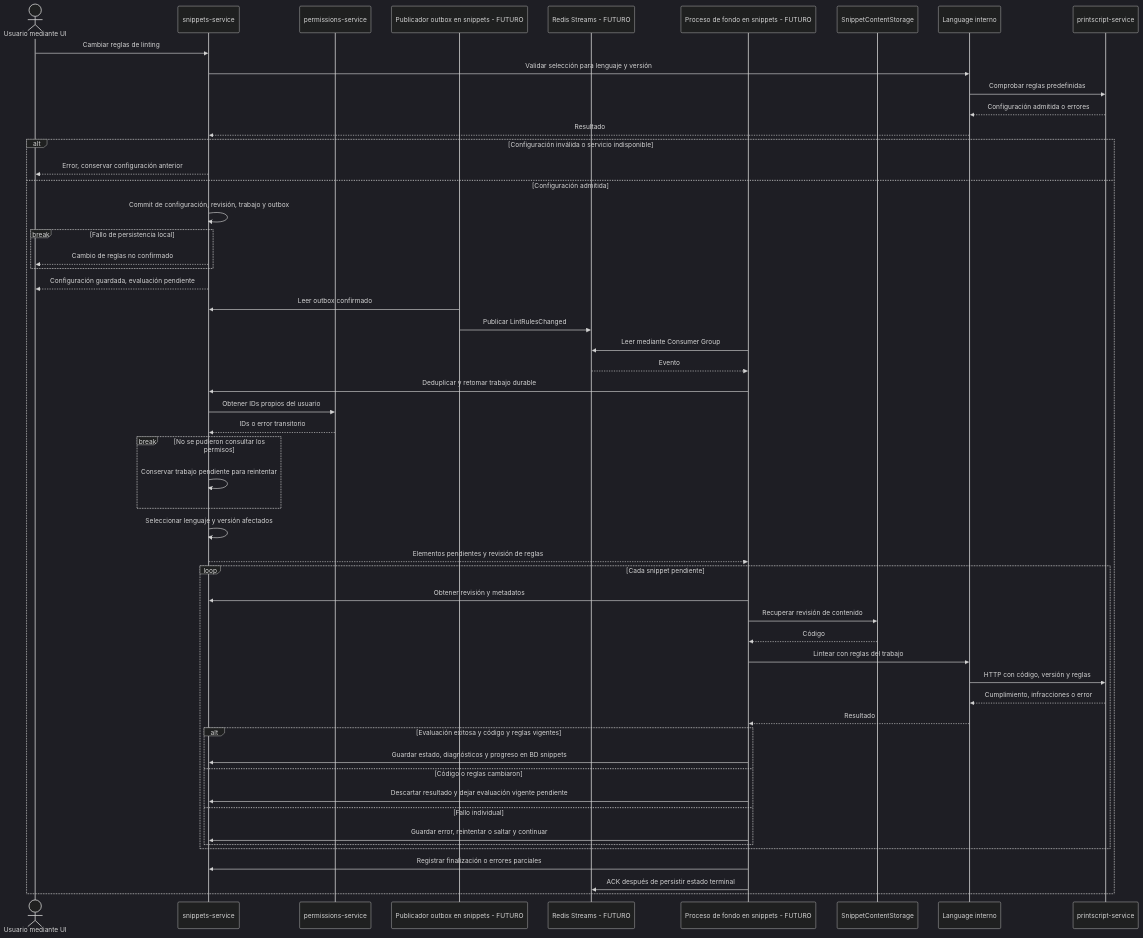
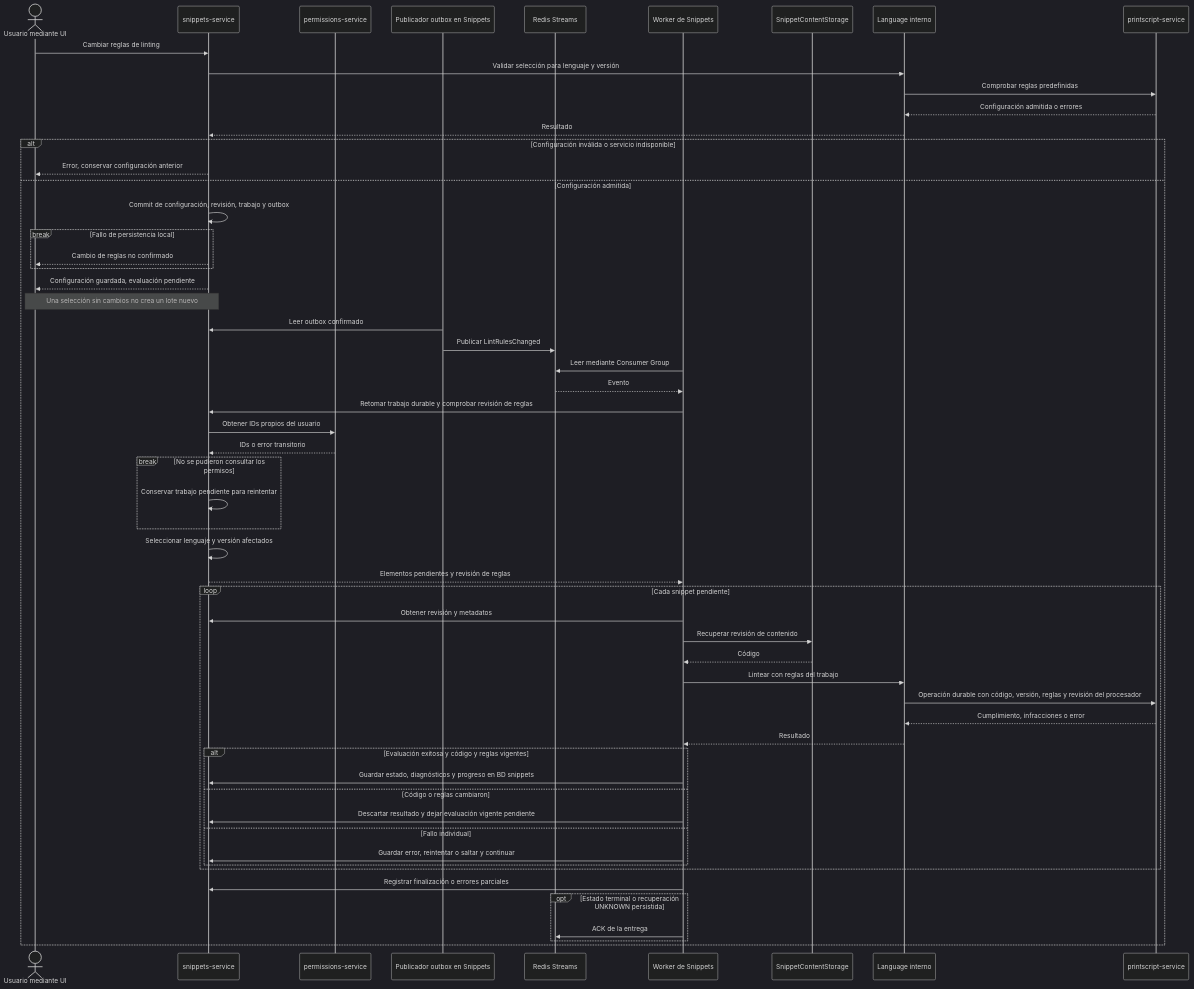
Before and after one commit to JJT-INGSIS/snippet-searcher-infra: the diagram in docs/architecture/flows/linting.md, drawn with Mermaid (dark theme). The commit also changed other lines of this file and 56 other files, not shown here.

````diff
--- a/docs/architecture/flows/linting.md
+++ b/docs/architecture/flows/linting.md
@@ -10,61 +10,64 @@
 ```mermaid
 sequenceDiagram
     actor UI as Usuario mediante UI
     participant S as snippets-service
     participant P as permissions-service
-    participant O as Publicador outbox en snippets - FUTURO
-    participant R as Redis Streams - FUTURO
-    participant B as Proceso de fondo en snippets - FUTURO
+    participant O as Publicador outbox en Snippets
+    participant R as Redis Streams
+    participant B as Worker de Snippets
     participant ST as SnippetContentStorage
     participant L as Language interno
     participant PS as printscript-service
 
     UI->>S: Cambiar reglas de linting
     S->>L: Validar selección para lenguaje y versión
     L->>PS: Comprobar reglas predefinidas
     PS-->>L: Configuración admitida o errores
     L-->>S: Resultado
 
     alt Configuración inválida o servicio indisponible
         S-->>UI: Error, conservar configuración anterior
     else Configuración admitida
         S->>S: Commit de configuración, revisión, trabajo y outbox
         break Fallo de persistencia local
             S-->>UI: Cambio de reglas no confirmado
         end
         S-->>UI: Configuración guardada, evaluación pendiente
+        Note over UI,S: Una selección sin cambios no crea un lote nuevo
 
         O->>S: Leer outbox confirmado
         O->>R: Publicar LintRulesChanged
         B->>R: Leer mediante Consumer Group
         R-->>B: Evento
-        B->>S: Deduplicar y retomar trabajo durable
+        B->>S: Retomar trabajo durable y comprobar revisión de reglas
         S->>P: Obtener IDs propios del usuario
         P-->>S: IDs o error transitorio
         break No se pudieron consultar los permisos
             S->>S: Conservar trabajo pendiente para reintentar
         end
         S->>S: Seleccionar lenguaje y versión afectados
         S-->>B: Elementos pendientes y revisión de reglas
 
         loop Cada snippet pendiente
             B->>S: Obtener revisión y metadatos
             B->>ST: Recuperar revisión de contenido
             ST-->>B: Código
             B->>L: Lintear con reglas del trabajo
-            L->>PS: HTTP con código, versión y reglas
+            L->>PS: Operación durable con código, versión, reglas y revisión del procesador
             PS-->>L: Cumplimiento, infracciones o error
             L-->>B: Resultado
 
             alt Evaluación exitosa y código y reglas vigentes
                 B->>S: Guardar estado, diagnósticos y progreso en BD snippets
             else Código o reglas cambiaron
                 B->>S: Descartar resultado y dejar evaluación vigente pendiente
             else Fallo individual
                 B->>S: Guardar error, reintentar o saltar y continuar
             end
         end
         B->>S: Registrar finalización o errores parciales
-        B->>R: ACK después de persistir estado terminal
+        opt Estado terminal o recuperación UNKNOWN persistida
+            B->>R: ACK de la entrega
+        end
     end
 ```
````
